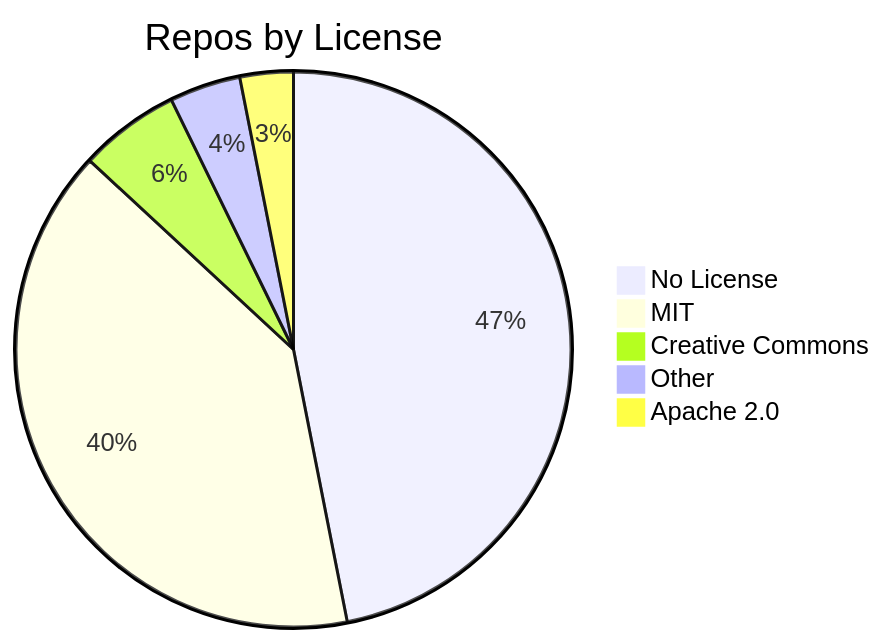
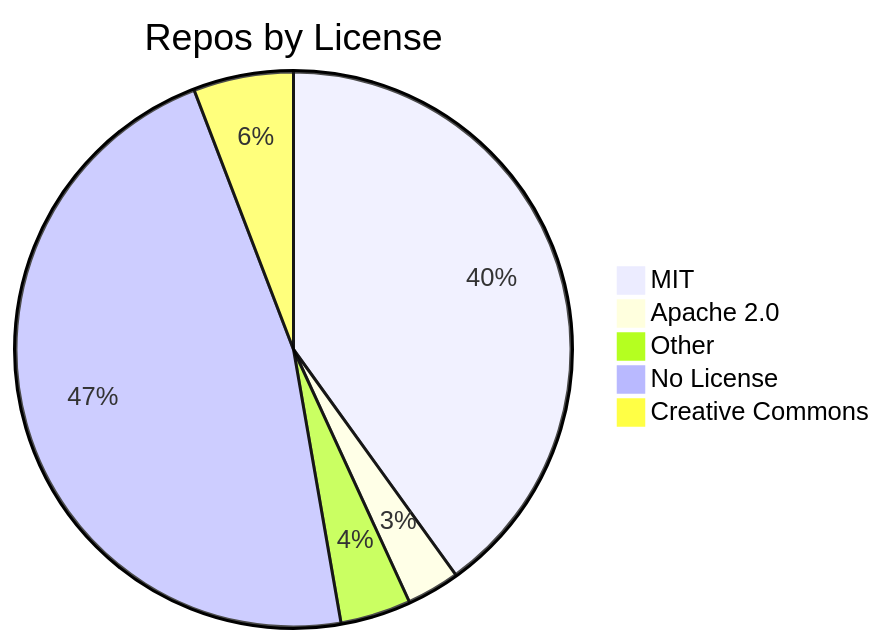
One commit to jpatterson933/awesome-mcp-server-repo-index changed the diagram in README.md. Above: the diagram before and after it, drawn with Mermaid. The commit also changed other lines of this file and 3 other files, not shown here.

````diff
--- a/README.md
+++ b/README.md
@@ -29,8 +29,8 @@
 ```mermaid
 pie title Repos by License
-    "No License" : 136
-    "MIT" : 116
+    "MIT" : 117
+    "Apache 2.0" : 9
+    "Other" : 12
+    "No License" : 137
     "Creative Commons" : 17
-    "Other" : 12
-    "Apache 2.0" : 9
 ```
````
